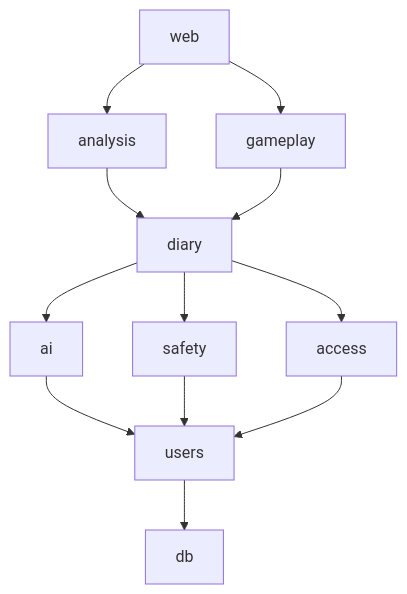
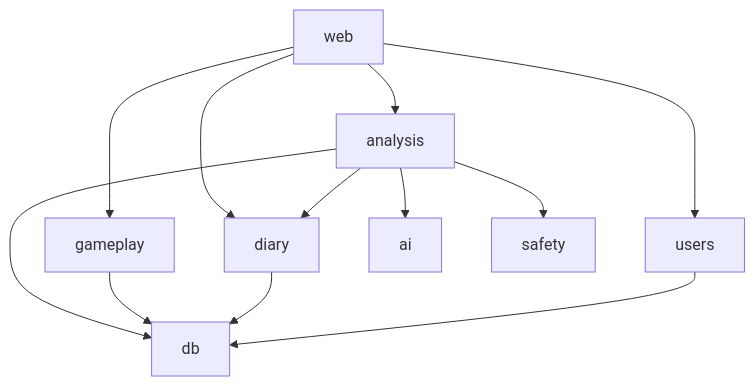
One commit to trx08053-ctrl/kognis changed the diagram in docs/ARCHITECTURE.md. Above: the diagram before and after it, drawn with Mermaid. The commit also changed other lines of this file and 21 other files, not shown here.

Commit message:
refactor(web): роутеры по файлам, выборка за период в diary, актуализация ARCHITECTURE [kognis-pj6]

````diff
--- a/docs/ARCHITECTURE.md
+++ b/docs/ARCHITECTURE.md
@@ -28,14 +28,14 @@
 ```mermaid
 flowchart TB
   web --> analysis
   web --> gameplay
+  web --> diary
+  web --> users
   analysis --> diary
-  gameplay --> diary
-  diary --> ai
-  diary --> safety
-  diary --> access
-  ai --> users
-  safety --> users
-  access --> users
+  analysis --> ai
+  analysis --> safety
+  analysis --> db
+  gameplay --> db
+  diary --> db
   users --> db
 ```
````
